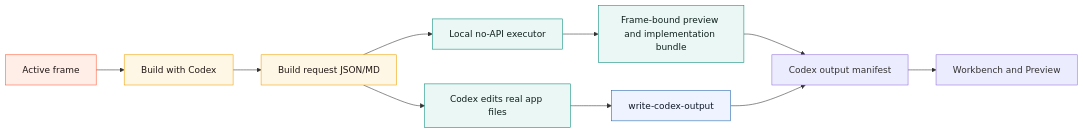
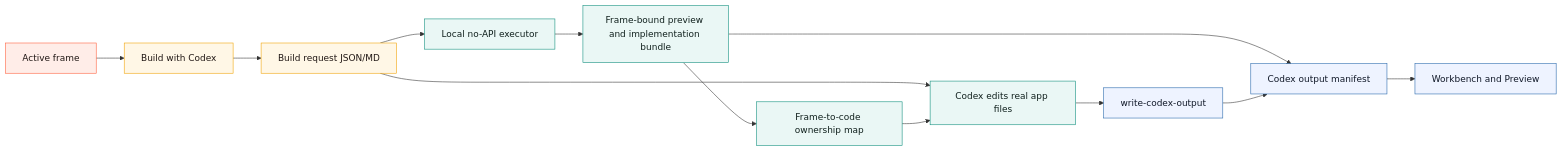
Before and after one commit to varshneydevansh/Canvax: the sixth of 9 diagrams in docs/USAGE.md, drawn with Mermaid. The commit also changed other lines of this file and 10 other files, not shown here.

Commit message:
feat: map Canvax builds to generated code

````diff
--- a/docs/USAGE.md
+++ b/docs/USAGE.md
@@ -643,21 +652,23 @@
 ```mermaid
 flowchart LR
     A[Active frame] --> B[Build with Codex]
     B --> C[Build request JSON/MD]
     C --> D[Local no-API executor]
     D --> E[Frame-bound preview and implementation bundle]
+    E --> J[Frame-to-code ownership map]
     C --> F[Codex edits real app files]
     F --> G[write-codex-output]
     E --> H[Codex output manifest]
+    J --> F
     G --> H
     H --> I[Workbench and Preview]
 
     classDef sketch fill:#ffede8,stroke:#ff5d3a,color:#211815;
     classDef request fill:#fff7e6,stroke:#f0a202,color:#211815;
     classDef code fill:#eaf7f5,stroke:#0c8d7b,color:#10201d;
     classDef preview fill:#eef3ff,stroke:#2364aa,color:#101828;
     class A sketch;
     class B,C request;
-    class D,E,F code;
-    class G preview;
+    class D,E,F,J code;
+    class G,H,I preview;
 ```
````
